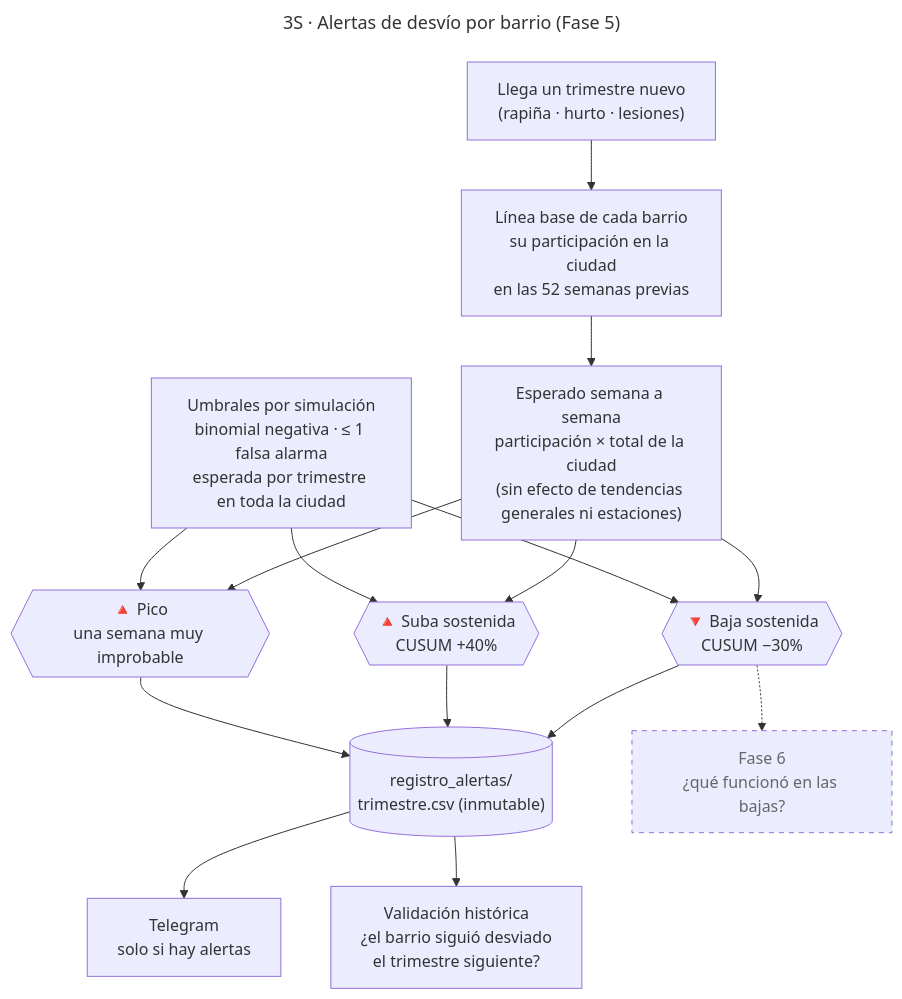
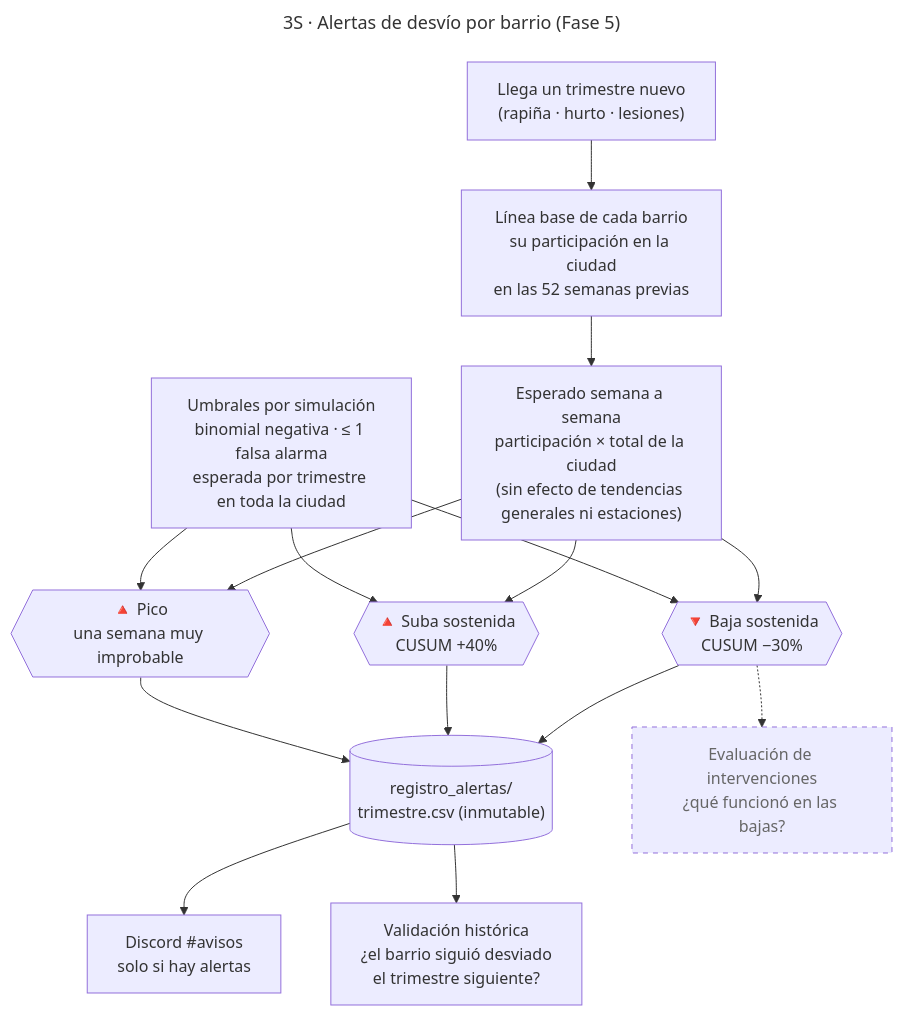
The diagram in documentacion/diagramas/08_alertas.mmd (lbenenatia/3s-self-sustained-system), drawn with Mermaid before and after one commit. The commit also changed 30 other files, not shown here.

First line of the commit message:
Fase 6: agente por Discord (avisos, comandos y acciones con confirmación)

```diff
--- a/documentacion/diagramas/08_alertas.mmd
+++ b/documentacion/diagramas/08_alertas.mmd
@@ -1,22 +1,22 @@
 ---
 title: 3S · Alertas de desvío por barrio (Fase 5)
 ---
 flowchart TB
     T["Llega un trimestre nuevo<br/>(rapiña · hurto · lesiones)"]
     B["Línea base de cada barrio<br/>su participación en la ciudad<br/>en las 52 semanas previas"]
     E["Esperado semana a semana<br/>participación × total de la ciudad<br/>(sin efecto de tendencias generales ni estaciones)"]
     S["Umbrales por simulación<br/>binomial negativa · ≤ 1 falsa alarma<br/>esperada por trimestre en toda la ciudad"]
     P{{"🔺 Pico<br/>una semana muy improbable"}}
     U{{"🔺 Suba sostenida<br/>CUSUM +40%"}}
     D{{"🔻 Baja sostenida<br/>CUSUM −30%"}}
     R[("registro_alertas/<br/>trimestre.csv (inmutable)")]
     V["Validación histórica<br/>¿el barrio siguió desviado<br/>el trimestre siguiente?"]
-    TG["Telegram<br/>solo si hay alertas"]
-    F6["Fase 6<br/>¿qué funcionó en las bajas?"]:::futuro
+    TG["Discord #avisos<br/>solo si hay alertas"]
+    F6["Evaluación de intervenciones<br/>¿qué funcionó en las bajas?"]:::futuro
     T --> B --> E
     S --> P & U & D
     E --> P & U & D
     P & U & D --> R --> TG
     R --> V
     D -.-> F6
     classDef futuro stroke-dasharray: 5 5,color:#666
```
